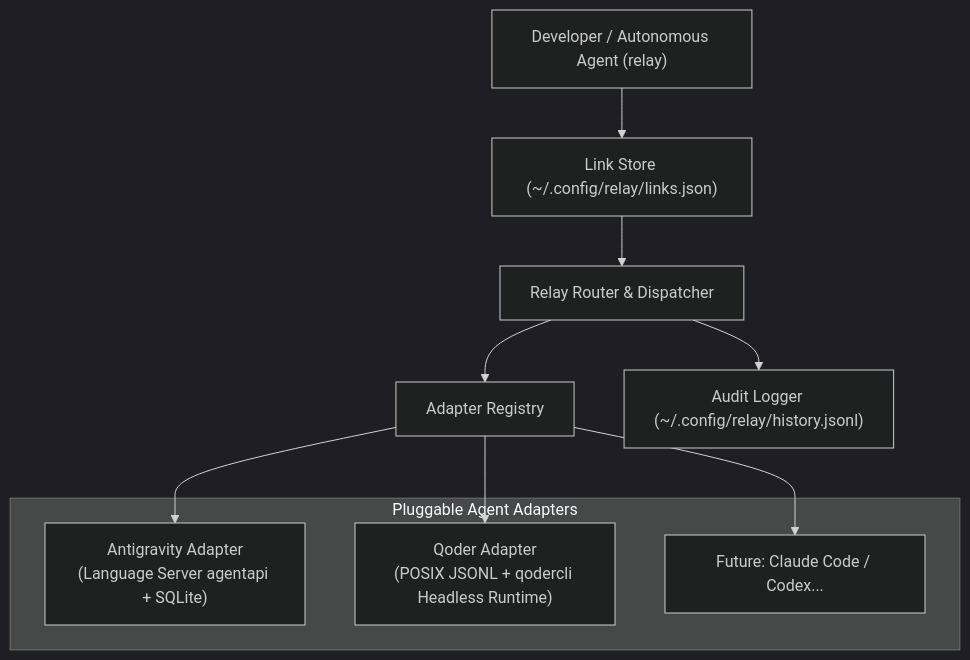
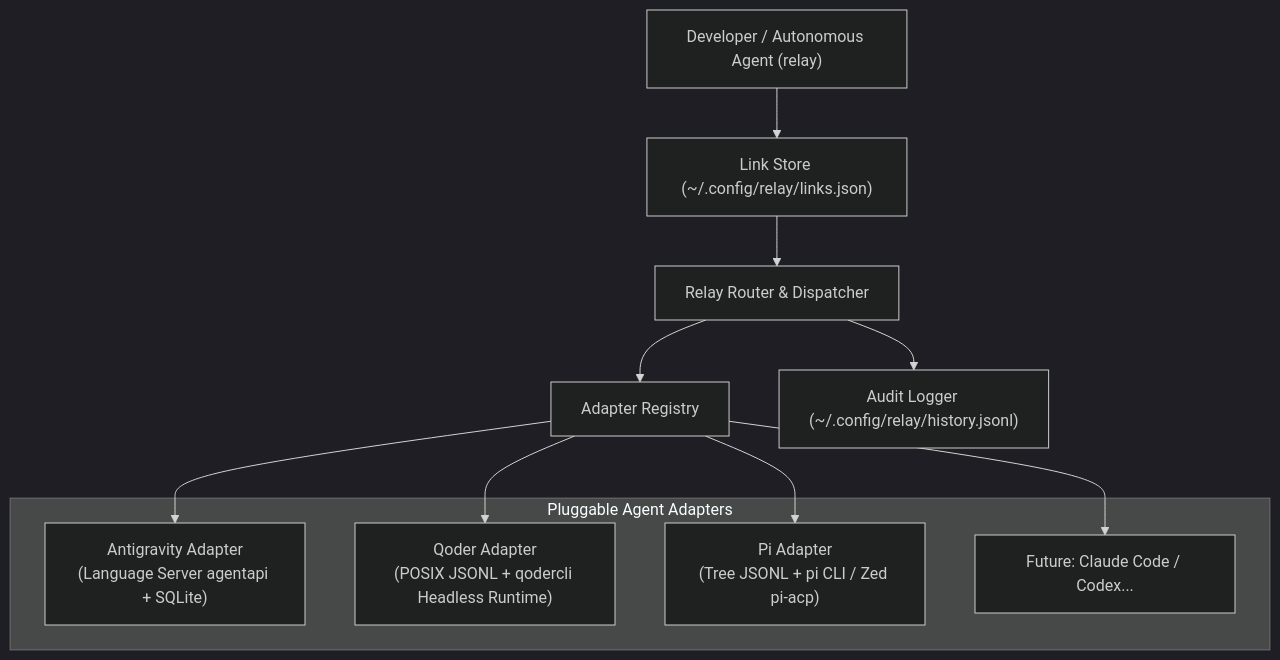
The first of 2 diagrams in README.md (kamusis/relay), drawn with Mermaid (dark theme) before and after one commit. The commit also changed other lines of this file and 8 other files, not shown here.

````diff
--- a/README.md
+++ b/README.md
@@ -46,17 +46,19 @@
 ```mermaid
 graph TD
     User["Developer / Autonomous Agent (relay)"] --> LinkStore["Link Store (~/.config/relay/links.json)"]
     LinkStore --> Dispatcher["Relay Router & Dispatcher"]
     Dispatcher --> Registry["Adapter Registry"]
 
     subgraph Adapters ["Pluggable Agent Adapters"]
         AGY["Antigravity Adapter<br/>(Language Server agentapi + SQLite)"]
         Qoder["Qoder Adapter<br/>(POSIX JSONL + qodercli Headless Runtime)"]
+        Pi["Pi Adapter<br/>(Tree JSONL + pi CLI / Zed pi-acp)"]
         Future["Future: Claude Code / Codex..."]
     end
 
     Registry --> AGY
     Registry --> Qoder
+    Registry --> Pi
     Registry --> Future
     Dispatcher --> Hist["Audit Logger (~/.config/relay/history.jsonl)"]
 ```
````
